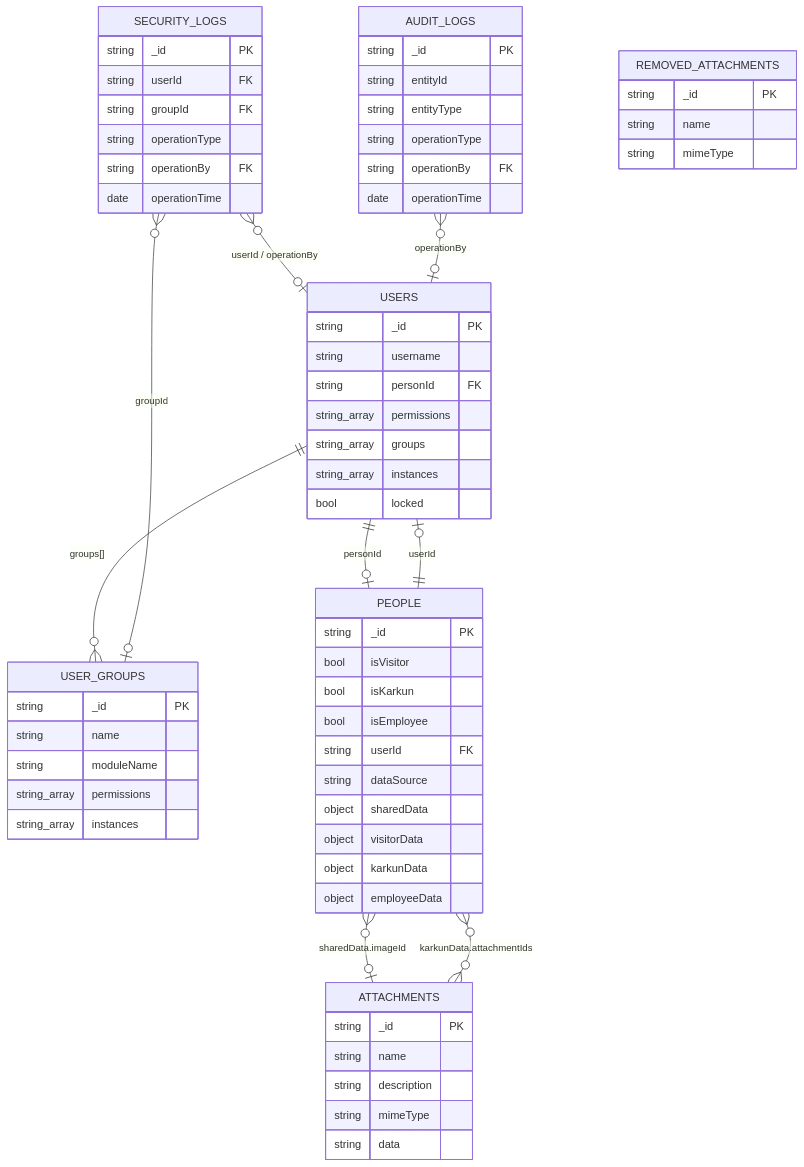
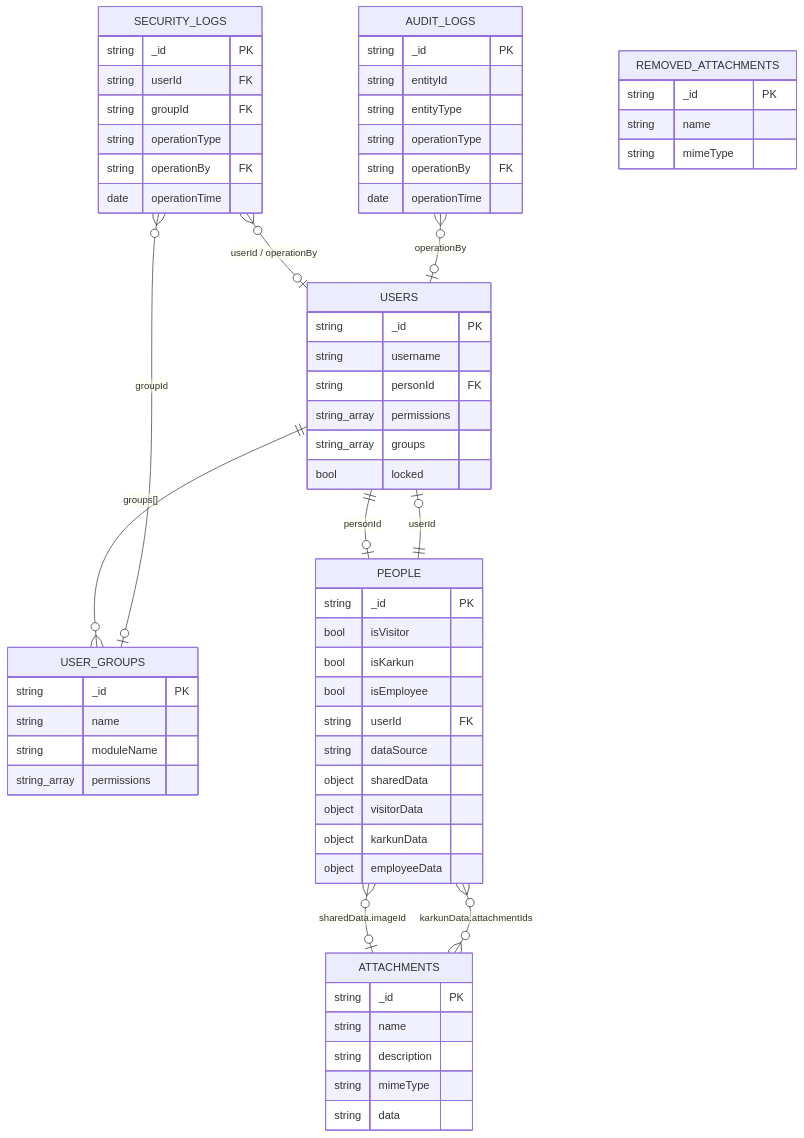
One commit to faysal-ahmad/idreesia-erp changed the second of 7 diagrams in docs/mongodb-er-diagram.md. Above: the diagram before and after it, drawn with Mermaid. The commit also changed other lines of this file and 111 other files, not shown here.

````diff
--- a/docs/mongodb-er-diagram.md
+++ b/docs/mongodb-er-diagram.md
@@ -89,68 +99,66 @@
 ```mermaid
 erDiagram
   USERS ||--o{ USER_GROUPS : "groups[]"
   USERS ||--o| PEOPLE : "personId"
   PEOPLE ||--o| USERS : "userId"
   PEOPLE }o--o| ATTACHMENTS : "sharedData.imageId"
   PEOPLE }o--o{ ATTACHMENTS : "karkunData.attachmentIds"
   SECURITY_LOGS }o--o| USERS : "userId / operationBy"
   SECURITY_LOGS }o--o| USER_GROUPS : "groupId"
   AUDIT_LOGS }o--o| USERS : "operationBy"
 
   USERS {
     string _id PK
     string username
     string personId FK
     string_array permissions
     string_array groups
-    string_array instances
     bool locked
   }
   USER_GROUPS {
     string _id PK
     string name
     string moduleName
     string_array permissions
-    string_array instances
   }
   PEOPLE {
     string _id PK
     bool isVisitor
     bool isKarkun
     bool isEmployee
     string userId FK
     string dataSource
     object sharedData
     object visitorData
     object karkunData
     object employeeData
   }
   ATTACHMENTS {
     string _id PK
     string name
     string description
     string mimeType
     string data
   }
   REMOVED_ATTACHMENTS {
     string _id PK
     string name
     string mimeType
   }
   AUDIT_LOGS {
     string _id PK
     string entityId
     string entityType
     string operationType
     string operationBy FK
     date operationTime
   }
   SECURITY_LOGS {
     string _id PK
     string userId FK
     string groupId FK
     string operationType
     string operationBy FK
     date operationTime
   }
 ```
````
